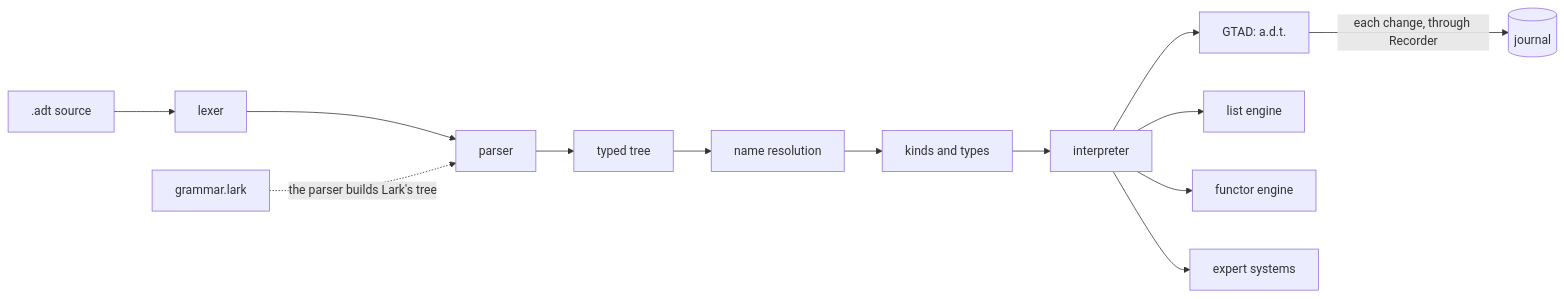
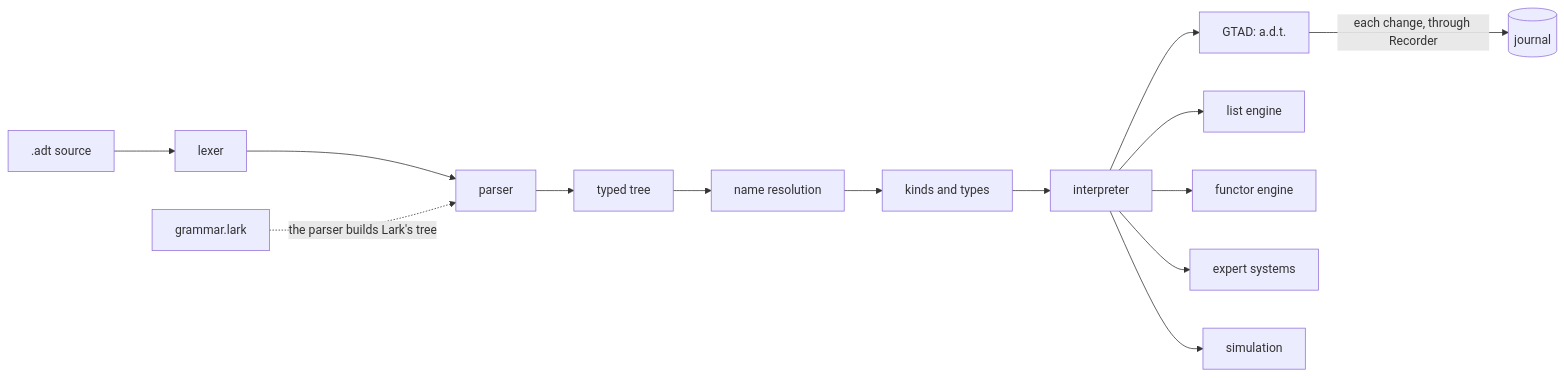
The first of 2 diagrams in README.md (nrdufour/embryo-systems), drawn with Mermaid before and after one commit. The commit also changed other lines of this file and 40 other files, not shown here.

````diff
--- a/README.md
+++ b/README.md
@@ -56,12 +57,13 @@
 ```mermaid
 flowchart LR
     src[".adt source"] --> lexer --> parser --> lower["typed tree"]
     lower --> names["name resolution"] --> types["kinds and types"]
     types --> interp[interpreter]
     interp --> gtad["GTAD: a.d.t."]
     interp --> lists["list engine"]
     interp --> functors["functor engine"]
     interp --> rules["expert systems"]
+    interp --> sim["simulation"]
     gtad -- "each change, through Recorder" --> journal[(journal)]
     grammar["grammar.lark"] -. "the parser builds Lark's tree" .-> parser
 ```
````
